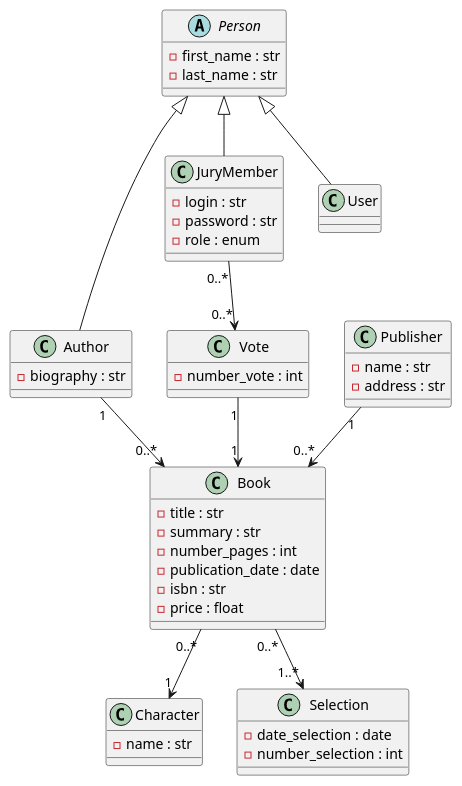
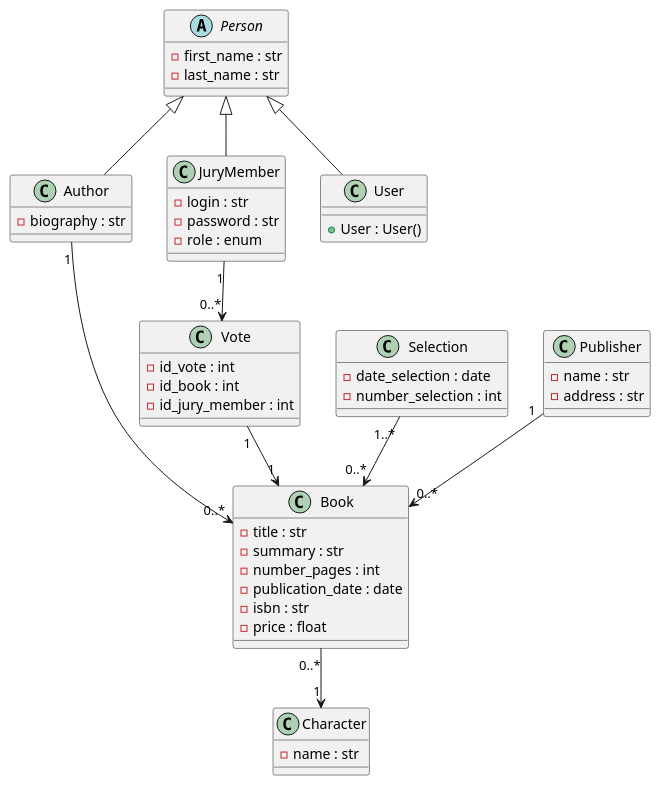
One commit to john7440/Evaluation-Metier-Python changed the diagram in doc/uml/2-class/goncourt-class.puml. Above: the diagram before and after it, drawn with PlantUML.

Commit message:
correction du diagramme de classe puml

```diff
--- a/doc/uml/2-class/goncourt-class.puml
+++ b/doc/uml/2-class/goncourt-class.puml
@@ -1,60 +1,63 @@
 @startuml
 
 abstract class Person {
   - first_name : str
   - last_name : str
 }
 
 class Author {
   - biography : str
 }
 
 class JuryMember {
   - login : str
   - password : str
   - role : enum
 }
 
 class User {
+ +User : User()
 }
 
 class Book {
   - title : str
   - summary : str
   - number_pages : int
   - publication_date : date
   - isbn : str
   - price : float
 }
 
 class Character {
   - name : str
 }
 
 class Selection {
   - date_selection : date
   - number_selection : int
 }
 
-class Vote {
-  - number_vote : int
+class Vote{
+ - id_vote : int
+ - id_book : int
+ - id_jury_member : int
 }
 
 class Publisher {
   - name : str
   - address : str
 }
 
 Person <|-- Author
 Person <|-- User
 Person <|-- JuryMember
 
 Author "1" --> "0..*" Book
 Book "0..*" --> "1" Character
-Book "0..*" --> "1..*" Selection
-JuryMember "0..*" --> "0..*" Vote
+Selection "1..*" --> "0..*" Book
+JuryMember "1" --> "0..*" Vote
 Vote "1" --> "1" Book
 
 Publisher "1" --> "0..*" Book
 
 @enduml
```
